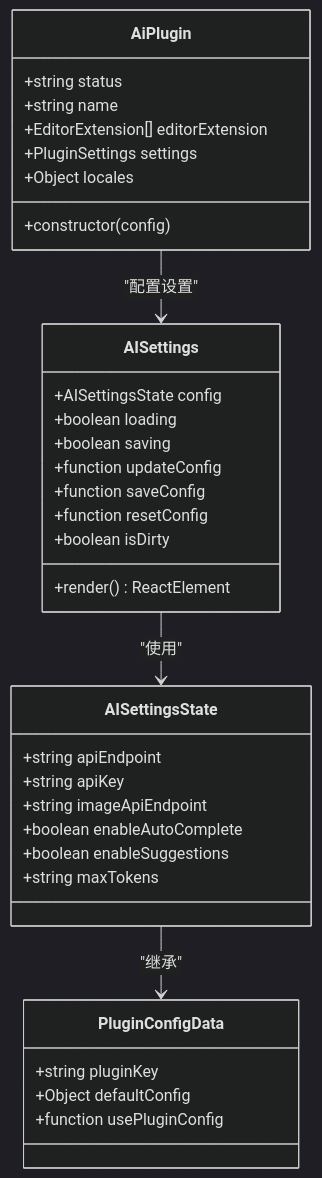
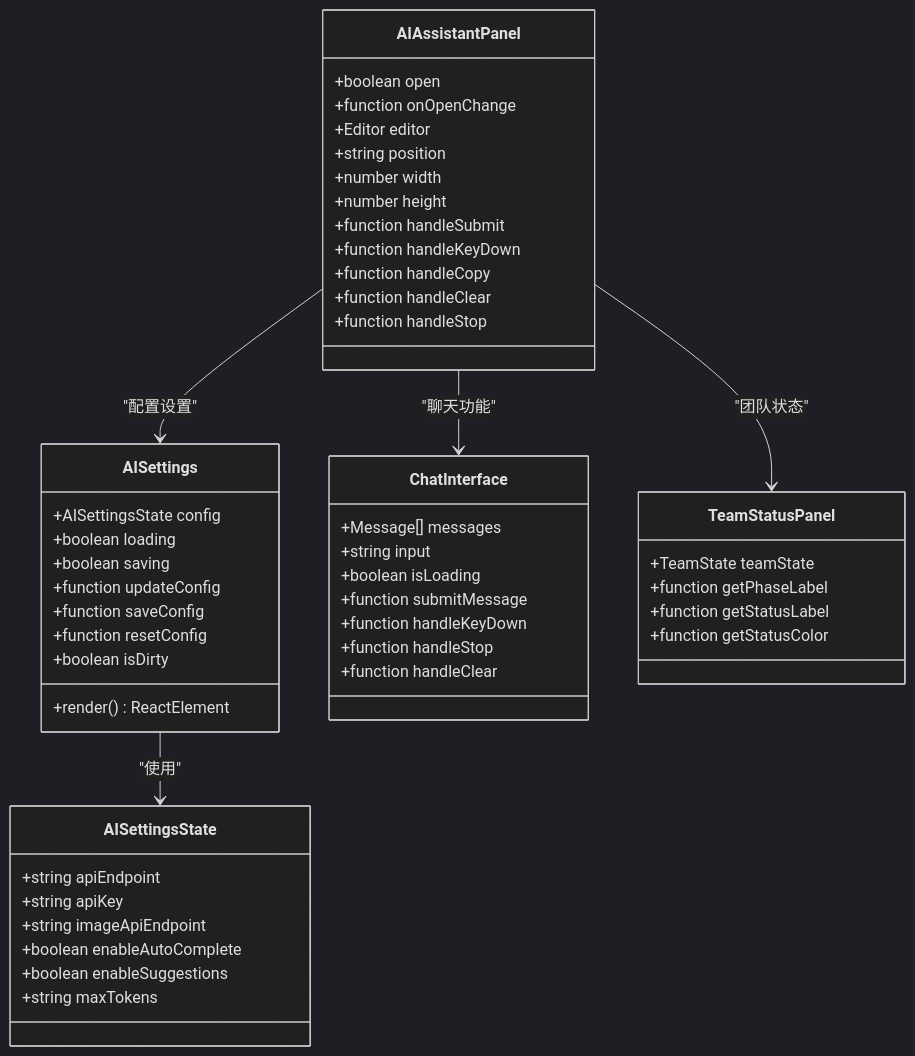
Before and after one commit to LRF0422/Kotion: the fourth of 15 diagrams in .qoder/repowiki/zh/content/功能模块/AI插件/AI助手面板系统.md, drawn with Mermaid (dark theme). The commit also changed other lines of this file and 22 other files, not shown here.

````diff
--- a/.qoder/repowiki/zh/content/功能模块/AI插件/AI助手面板系统.md
+++ b/.qoder/repowiki/zh/content/功能模块/AI插件/AI助手面板系统.md
@@ -202,37 +251,53 @@
 ```mermaid
 classDiagram
-class AiPlugin {
-+string status
-+string name
-+EditorExtension[] editorExtension
-+PluginSettings settings
-+Object locales
-+constructor(config)
+class AIAssistantPanel {
++boolean open
++function onOpenChange
++Editor editor
++string position
++number width
++number height
++function handleSubmit
++function handleKeyDown
++function handleCopy
++function handleClear
++function handleStop
 }
 class AISettings {
 +AISettingsState config
 +boolean loading
 +boolean saving
 +function updateConfig
 +function saveConfig
 +function resetConfig
 +boolean isDirty
 +render() ReactElement
 }
 class AISettingsState {
 +string apiEndpoint
 +string apiKey
 +string imageApiEndpoint
 +boolean enableAutoComplete
 +boolean enableSuggestions
 +string maxTokens
 }
-class PluginConfigData {
-+string pluginKey
-+Object defaultConfig
-+function usePluginConfig
+class ChatInterface {
++Message[] messages
++string input
++boolean isLoading
++function submitMessage
++function handleKeyDown
++function handleStop
++function handleClear
 }
-AiPlugin --> AISettings : "配置设置"
+class TeamStatusPanel {
++TeamState teamState
++function getPhaseLabel
++function getStatusLabel
++function getStatusColor
+}
+AIAssistantPanel --> AISettings : "配置设置"
+AIAssistantPanel --> ChatInterface : "聊天功能"
+AIAssistantPanel --> TeamStatusPanel : "团队状态"
 AISettings --> AISettingsState : "使用"
-AISettingsState --> PluginConfigData : "继承"
 ```
````
